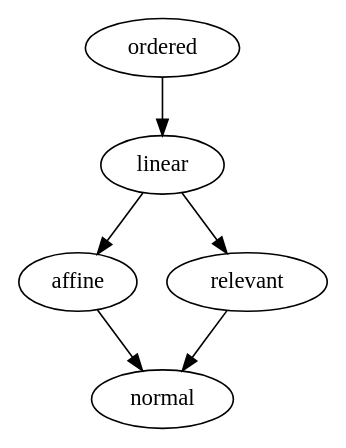
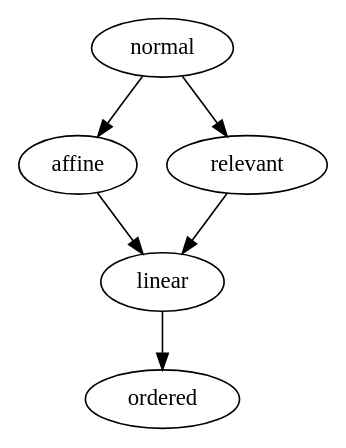
One commit to thaliaarchi/abstracting-abstract-machines changed the diagram in lt/discussion.md. Above: the diagram before and after it, drawn with Graphviz. The commit also changed other lines of this file, not shown here.

````diff
--- a/lt/discussion.md
+++ b/lt/discussion.md
@@ -41,9 +41,9 @@
 ```dot
 digraph {
-  ordered -> linear;
-  linear -> affine;
-  linear -> relevant;
-  affine -> normal;
-  relevant -> normal;
+  normal -> affine;
+  normal -> relevant;
+  affine -> linear;
+  relevant -> linear;
+  linear -> ordered;
 }
 ```
````
